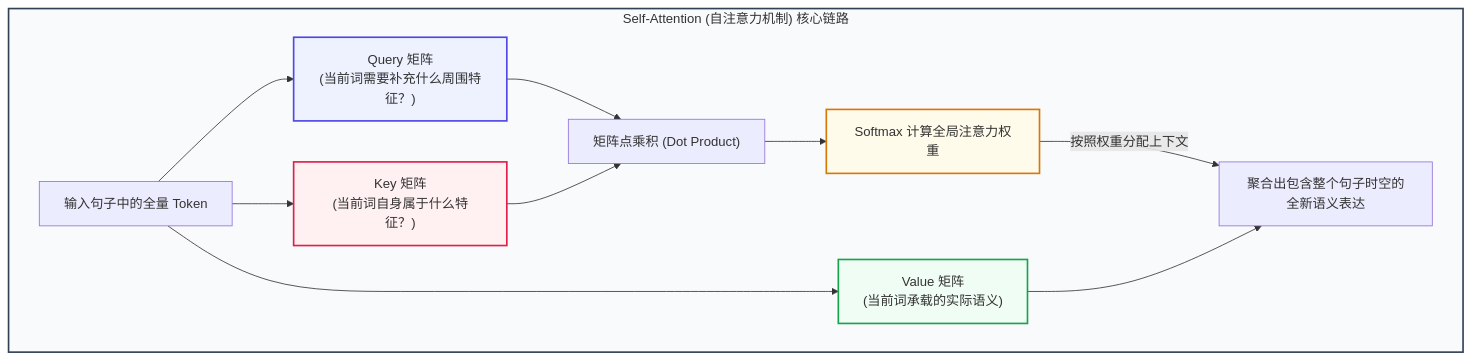
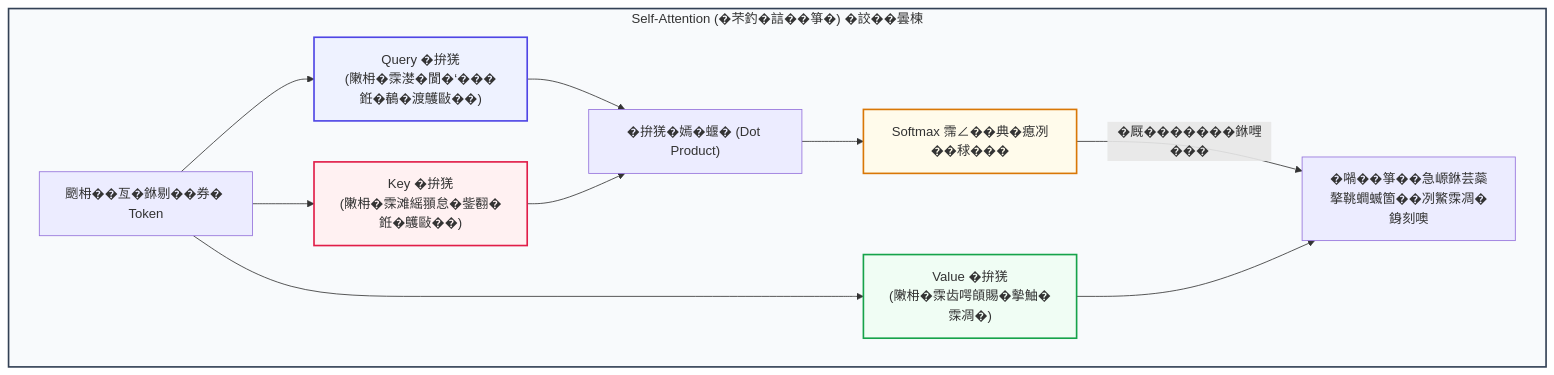
One commit to wangchong2023/lang-chain-graph changed the third of 16 diagrams in doc/AI_Knowledge_Roadmap.md. Above: the diagram before and after it, drawn with Mermaid. The commit also changed other lines of this file, not shown here.

Commit message:
docs: update AI knowledge roadmap with new learning milestones

````diff
--- a/doc/AI_Knowledge_Roadmap.md
+++ b/doc/AI_Knowledge_Roadmap.md
@@ -205,20 +130,20 @@
    ```mermaid
    graph TD
-       subgraph Transformer_Self_Attention ["Self-Attention (自注意力机制) 核心链路"]
-           X["输入句子中的全量 Token"] --> Q["Query 矩阵<br>(当前词需要补充什么周围特征？)"]
-           X --> K["Key 矩阵<br>(当前词自身属于什么特征？)"]
-           X --> V["Value 矩阵<br>(当前词承载的实际语义)"]
+       subgraph Transformer_Self_Attention ["Self-Attention (�芣釣�誩��箏�) �詨��曇楝"]
+           X["颲枏��亙�銝剔��券� Token"] --> Q["Query �拚猐<br>(敶枏�霂漤�閬�‘���銋�𪂹�渡鸌敺��)"]
+           X --> K["Key �拚猐<br>(敶枏�霂滩䌊頨怠�鈭𦒘�銋�鸌敺��)"]
+           X --> V["Value �拚猐<br>(敶枏�霂齿㗁頧賜�摰鮋�霂凋�)"]
            
-           Q --> Dot["矩阵点乘积 (Dot Product)"]
+           Q --> Dot["�拚猐�嫣�蝘� (Dot Product)"]
            K --> Dot
            
-           Dot --> Softmax["Softmax 计算全局注意力权重"]
-           Softmax -- "按照权重分配上下文" --> Sum["聚合出包含整个句子时空的全新语义表达"]
+           Dot --> Softmax["Softmax 霈∠��典�瘜冽��𥟇���"]
+           Softmax -- "�厩�������銝𠹺���" --> Sum["�𡁜��箏��急㟲銝芸蘂摮鞉𧒄蝛箇��冽鰵霂凋�銵刻噢"]
            V --> Sum
        end
     style Transformer_Self_Attention fill:#f8fafc,stroke:#334155,stroke-width:2px
     style Q fill:#eef2ff,stroke:#4f46e5,stroke-width:2px
     style K fill:#fff1f2,stroke:#e11d48,stroke-width:2px
     style V fill:#f0fdf4,stroke:#16a34a,stroke-width:2px
     style Softmax fill:#fffbeb,stroke:#d97706,stroke-width:2px
    ```
````
